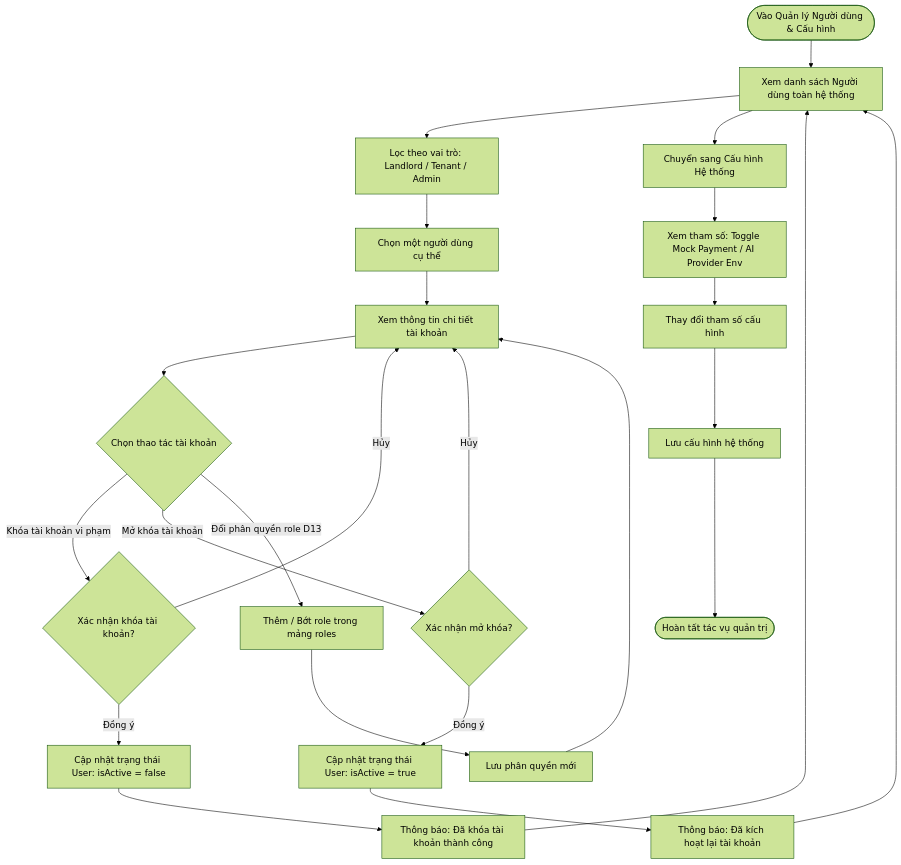
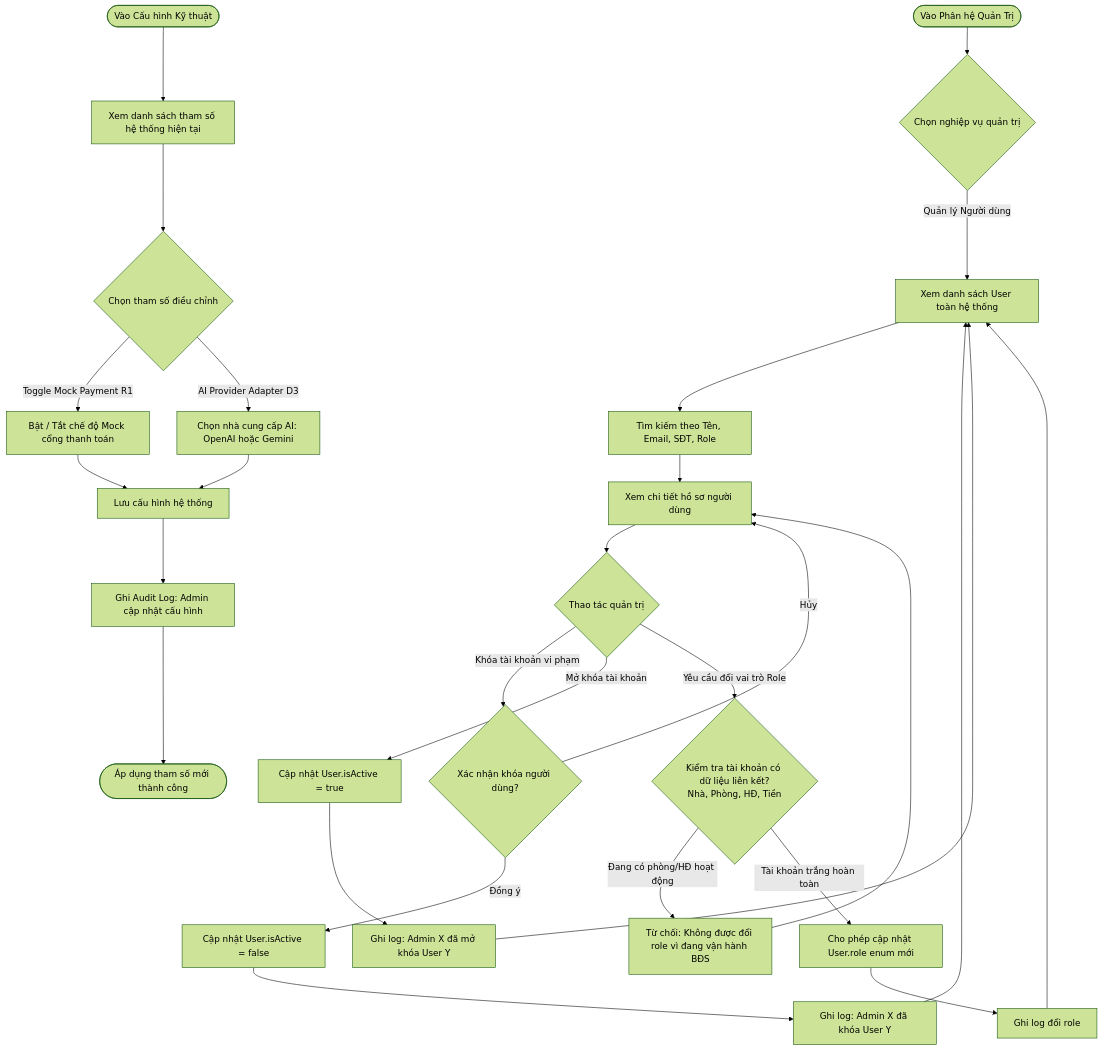
Before and after one commit to pbl6-home-renter/docs: the fourth of 5 diagrams in phase-1/discovery/user_flow/admin_user_flow.md, drawn with Mermaid (forest theme). The commit also changed other lines of this file and 7 other files, not shown here.

Commit message:
feat: update userflow and admin - landlord web wireframe

````diff
--- a/phase-1/discovery/user_flow/admin_user_flow.md
+++ b/phase-1/discovery/user_flow/admin_user_flow.md
@@ -67,32 +127,30 @@
 ```mermaid
 flowchart TD
-    StartMgmt([Vào Quản lý Người dùng & Cấu hình]) --> ViewUsers[Xem danh sách Người dùng toàn hệ thống]
+    StartMgmt([Vào Phân hệ Quản Trị]) --> SelectTab{Chọn nghiệp vụ quản trị}
+    StartConfig([Vào Cấu hình Kỹ thuật]) --> ViewSettings[Xem danh sách tham số hệ thống hiện tại]
+    ViewSettings --> ChooseSetting{Chọn tham số điều chỉnh}
     
-    ViewUsers --> FilterUser[Lọc theo vai trò: Landlord / Tenant / Admin]
-    FilterUser --> SelectUser[Chọn một người dùng cụ thể]
-    SelectUser --> ViewUserDetail[Xem thông tin chi tiết tài khoản]
+    %% Nhánh 1: Quản lý User (Khóa / Mở khóa an toàn)
+    SelectTab -->|Quản lý Người dùng| ListUsers[Xem danh sách User toàn hệ thống]
+    ListUsers --> SearchUser[Tìm kiếm theo Tên, Email, SĐT, Role]
+    SearchUser --> ViewDetail[Xem chi tiết hồ sơ người dùng]
+    ChooseSetting -->|Toggle Mock Payment R1| ToggleMock[Bật / Tắt chế độ Mock cổng thanh toán]
+    ChooseSetting -->|AI Provider Adapter D3| SwitchAI[Chọn nhà cung cấp AI: OpenAI hoặc Gemini]
     
-    ViewUserDetail --> ActionDecision{Chọn thao tác tài khoản}
+    ViewDetail --> UserAction{Thao tác quản trị}
+    UserAction -->|Khóa tài khoản vi phạm| ConfirmLock{Xác nhận khóa người dùng?}
+    ConfirmLock -->|Hủy| ViewDetail
+    ConfirmLock -->|Đồng ý| SetInactive[Cập nhật User.isActive = false]
+    SetInactive --> RecordAudit1[Ghi log: Admin X đã khóa User Y] --> ListUsers
+    ToggleMock --> SaveConfig[Lưu cấu hình hệ thống]
+    SwitchAI --> SaveConfig
     
-    ActionDecision -->|Khóa tài khoản vi phạm| ConfirmLock{Xác nhận khóa tài khoản?}
-    ConfirmLock -->|Hủy| ViewUserDetail
-    ConfirmLock -->|Đồng ý| LockAcc[Cập nhật trạng thái User: isActive = false]
-    LockAcc --> NotifyLocked[Thông báo: Đã khóa tài khoản thành công]
-    NotifyLocked --> ViewUsers
+    UserAction -->|Mở khóa tài khoản| SetActive[Cập nhật User.isActive = true]
+    SetActive --> RecordAudit2[Ghi log: Admin X đã mở khóa User Y] --> ListUsers
     
-    ActionDecision -->|Mở khóa tài khoản| ConfirmUnlock{Xác nhận mở khóa?}
-    ConfirmUnlock -->|Hủy| ViewUserDetail
-    ConfirmUnlock -->|Đồng ý| UnlockAcc[Cập nhật trạng thái User: isActive = true]
-    UnlockAcc --> NotifyUnlocked[Thông báo: Đã kích hoạt lại tài khoản]
-    NotifyUnlocked --> ViewUsers
-    
-    ActionDecision -->|Đổi phân quyền role D13| UpdateRoles[Thêm / Bớt role trong mảng roles]
-    UpdateRoles --> SaveRoles[Lưu phân quyền mới]
-    SaveRoles --> ViewUserDetail
-    
-    ViewUsers --> SwitchConfig[Chuyển sang Cấu hình Hệ thống]
-    SwitchConfig --> ViewSysConfig[Xem tham số: Toggle Mock Payment / AI Provider Env]
-    ViewSysConfig --> EditSysConfig[Thay đổi tham số cấu hình]
-    EditSysConfig --> SaveSysConfig[Lưu cấu hình hệ thống]
-    SaveSysConfig --> EndMgmt([Hoàn tất tác vụ quản trị])
+    UserAction -->|Yêu cầu đổi vai trò Role| CheckDataIntegrity{Kiểm tra tài khoản có dữ liệu liên kết?<br>Nhà, Phòng, HĐ, Tiền}
+    CheckDataIntegrity -->|Đang có phòng/HĐ hoạt động| RejectRoleChange[Từ chối: Không được đổi role vì đang vận hành BĐS] --> ViewDetail
+    CheckDataIntegrity -->|Tài khoản trắng hoàn toàn| AllowChange[Cho phép cập nhật User.role enum mới] --> RecordAudit3[Ghi log đổi role] --> ListUsers
+    SaveConfig --> WriteConfigAudit[Ghi Audit Log: Admin cập nhật cấu hình]
+    WriteConfigAudit --> EndConfig([Áp dụng tham số mới thành công])
 ```
````
